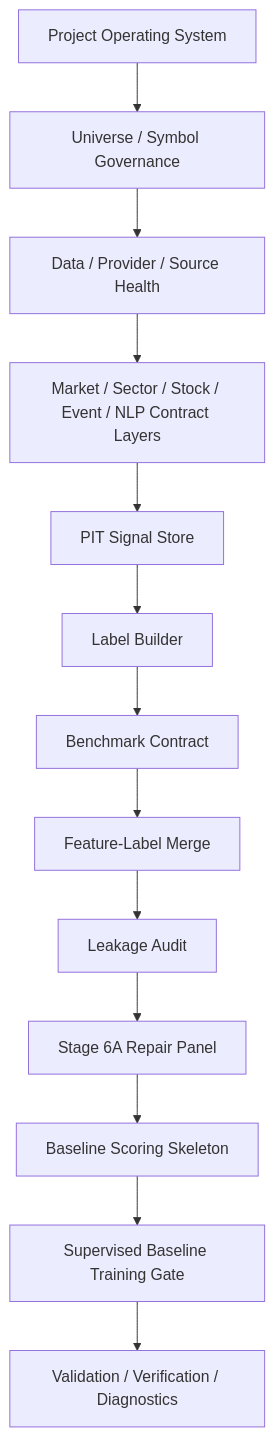
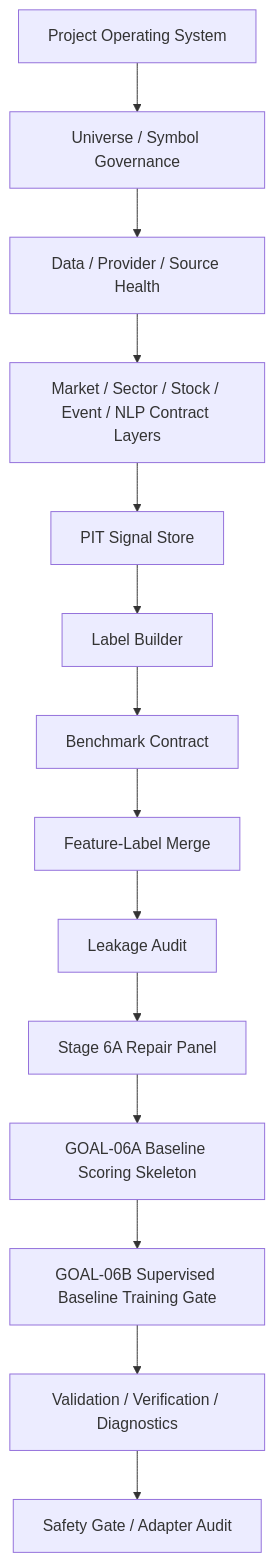
One commit to RyanLu0203/A_share_premarket_core changed the diagram in README.md. Above: the diagram before and after it, drawn with Mermaid. The commit also changed other lines of this file and 25 other files, not shown here.

````diff
--- a/README.md
+++ b/README.md
@@ -37,15 +37,16 @@
 ```mermaid
 flowchart TD
     A["Project Operating System"] --> B["Universe / Symbol Governance"]
     B --> C["Data / Provider / Source Health"]
     C --> D["Market / Sector / Stock / Event / NLP Contract Layers"]
     D --> E["PIT Signal Store"]
     E --> F["Label Builder"]
     F --> G["Benchmark Contract"]
     G --> H["Feature-Label Merge"]
     H --> I["Leakage Audit"]
     I --> J["Stage 6A Repair Panel"]
-    J --> K["Baseline Scoring Skeleton"]
-    K --> L["Supervised Baseline Training Gate"]
+    J --> K["GOAL-06A Baseline Scoring Skeleton"]
+    K --> L["GOAL-06B Supervised Baseline Training Gate"]
     L --> M["Validation / Verification / Diagnostics"]
+    M --> N["Safety Gate / Adapter Audit"]
 ```
````
